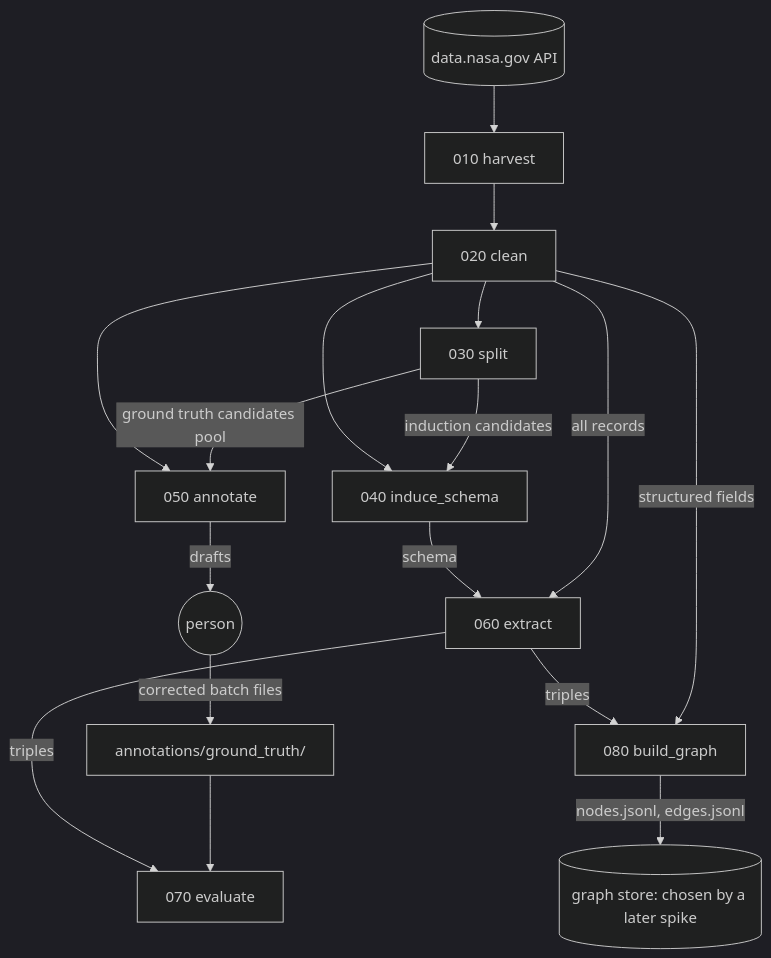
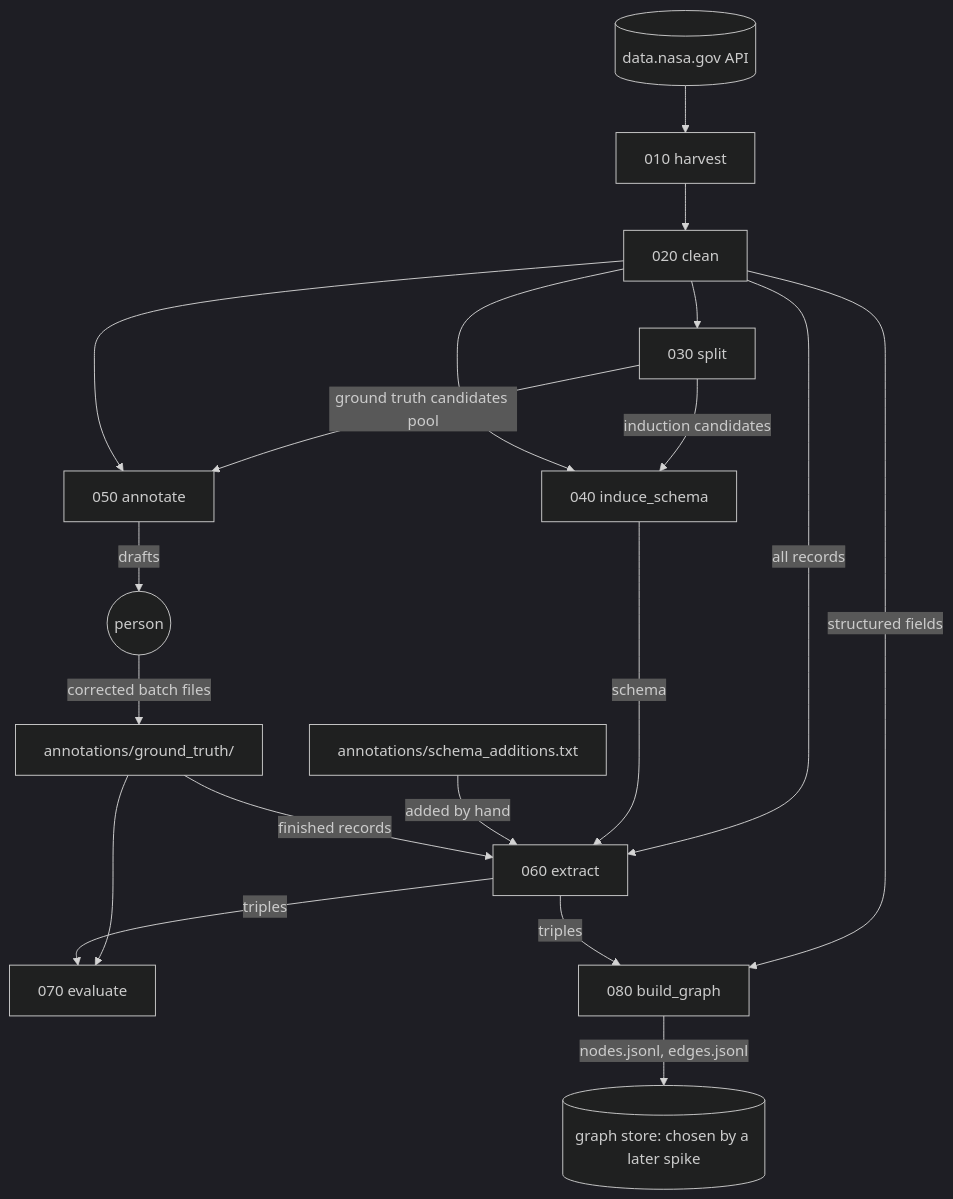
Before and after one commit to iulia-iordanescu/datanasagov_KG_proj: the diagram in docs/pipeline_implementation_prompt.md, drawn with Mermaid (dark theme). The commit also changed other lines of this file and 36 other files, not shown here.

````diff
--- a/docs/pipeline_implementation_prompt.md
+++ b/docs/pipeline_implementation_prompt.md
@@ -63,18 +63,20 @@
 ```mermaid
 flowchart TD
     API[(data.nasa.gov API)] --> H[010 harvest]
     H --> C[020 clean]
     C --> S[030 split]
     S -->|induction candidates| I[040 induce_schema]
     S -->|ground truth candidates pool| A[050 annotate]
     C -->|all records| E[060 extract]
     C --> I & A
     I -->|schema| E
+    X[annotations/schema_additions.txt] -->|added by hand| E
     A -->|drafts| P((person))
     P -->|corrected batch files| GT[annotations/ground_truth/]
     GT --> V[070 evaluate]
+    GT -->|finished records| E
     E -->|triples| V
     C -->|structured fields| G[080 build_graph]
     E -->|triples| G
     G -->|nodes.jsonl, edges.jsonl| DB[(graph store: chosen by a later spike)]
 ```
````
